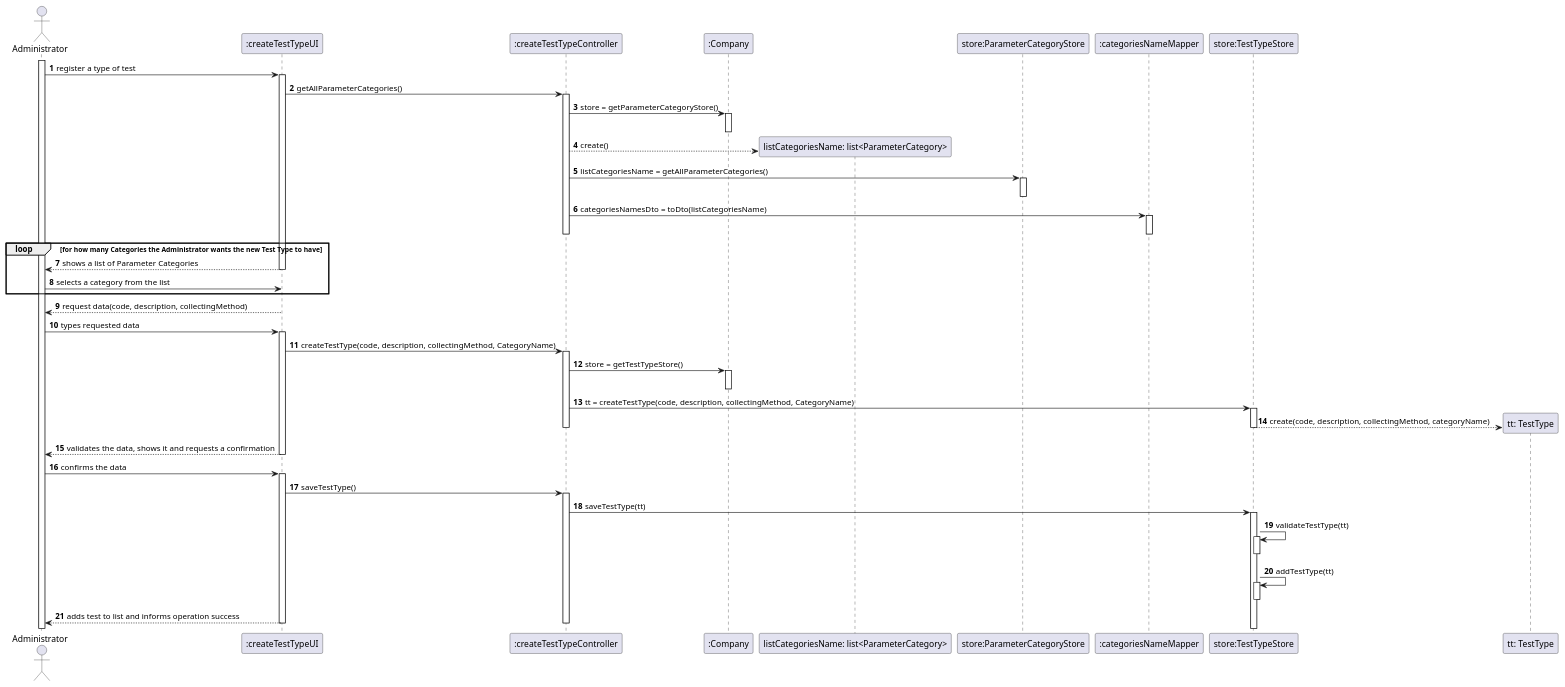
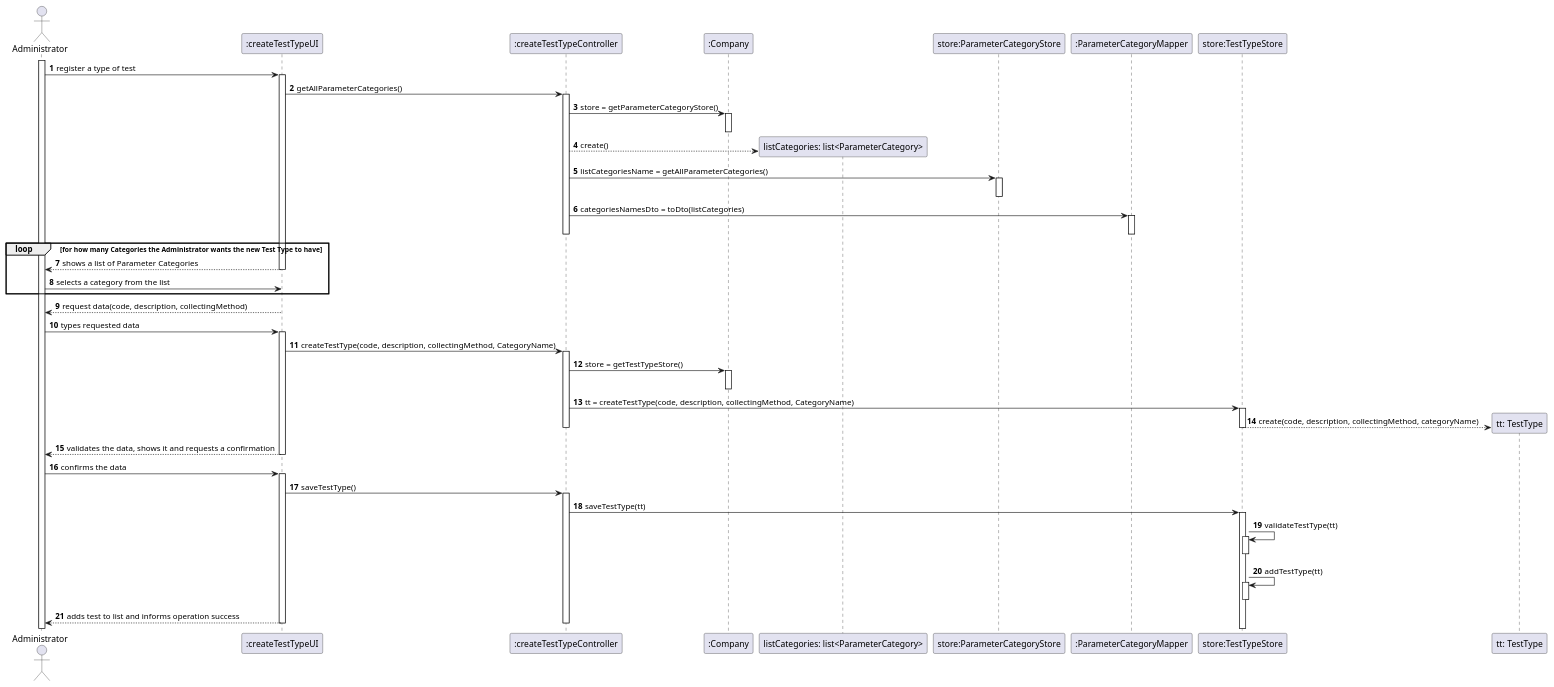
One commit to 0franciscor/lei-21-s2-1de-g19 changed the diagram in docs/SprintB/US09/US09-SD.puml. Above: the diagram before and after it, drawn with PlantUML. The commit also changed 3 other files, not shown here.

```diff
--- a/docs/SprintB/US09/US09-SD.puml
+++ b/docs/SprintB/US09/US09-SD.puml
@@ -1,76 +1,76 @@
 @startuml
 autonumber
 actor "Administrator" as admin
 activate admin
 
 admin -> ":createTestTypeUI" : register a type of test
 
 
 activate ":createTestTypeUI"
 ":createTestTypeUI" -> ":createTestTypeController": getAllParameterCategories()
 
 
 activate ":createTestTypeController"
 ":createTestTypeController" -> ":Company": store = getParameterCategoryStore()
 activate ":Company"
 deactivate ":Company"
 
 
-create "listCategoriesName: list<ParameterCategory>"
-":createTestTypeController" --> "listCategoriesName: list<ParameterCategory>": create()
+create "listCategories: list<ParameterCategory>"
+":createTestTypeController" --> "listCategories: list<ParameterCategory>": create()
 
 
 ":createTestTypeController" -> "store:ParameterCategoryStore": listCategoriesName = getAllParameterCategories()
 activate "store:ParameterCategoryStore"
 deactivate "store:ParameterCategoryStore"
 
 
-":createTestTypeController" -> ":categoriesNameMapper": categoriesNamesDto = toDto(listCategoriesName)
-activate ":categoriesNameMapper"
-deactivate ":categoriesNameMapper"
+":createTestTypeController" -> ":ParameterCategoryMapper": categoriesNamesDto = toDto(listCategories)
+activate ":ParameterCategoryMapper"
+deactivate ":ParameterCategoryMapper"
 deactivate ":createTestTypeController"
 
 loop for how many Categories the Administrator wants the new Test Type to have
 ":createTestTypeUI" --> admin: shows a list of Parameter Categories
 deactivate ":createTestTypeUI"
 admin -> ":createTestTypeUI": selects a category from the list
 end
 
 activate ":createTestTypeUI"
 ":createTestTypeUI" --> admin: request data(code, description, collectingMethod)
 deactivate ":createTestTypeUI"
 deactivate ":createTestTypeUI"
 admin -> ":createTestTypeUI" : types requested data
 activate ":createTestTypeUI"
 ":createTestTypeUI" -> ":createTestTypeController": createTestType(code, description, collectingMethod, CategoryName)
 activate ":createTestTypeController"
 ":createTestTypeController" -> ":Company" : store = getTestTypeStore()
 activate ":Company"
 deactivate ":Company"
 ":createTestTypeController" -> "store:TestTypeStore" : tt = createTestType(code, description, collectingMethod, CategoryName)
 activate "store:TestTypeStore"
 create "tt: TestType"
 "store:TestTypeStore" --> "tt: TestType" : create(code, description, collectingMethod, categoryName)
 deactivate "store:TestTypeStore"
 
 deactivate ":createTestTypeController"
 ":createTestTypeUI" --> admin: validates the data, shows it and requests a confirmation
 deactivate ":createTestTypeUI"
 admin -> ":createTestTypeUI": confirms the data
 activate ":createTestTypeUI"
 ":createTestTypeUI" -> ":createTestTypeController": saveTestType()
 activate ":createTestTypeController"
 
 ":createTestTypeController" -> "store:TestTypeStore"++ : saveTestType(tt)
 "store:TestTypeStore" -> "store:TestTypeStore": validateTestType(tt)
 activate "store:TestTypeStore"
 deactivate "store:TestTypeStore"
 "store:TestTypeStore" -> "store:TestTypeStore": addTestType(tt)
 activate "store:TestTypeStore"
 deactivate "store:TestTypeStore"
 
 
 ":createTestTypeUI" --> admin: adds test to list and informs operation success
 deactivate ":createTestTypeController"
 deactivate ":createTestTypeUI"
 @enduml
```
